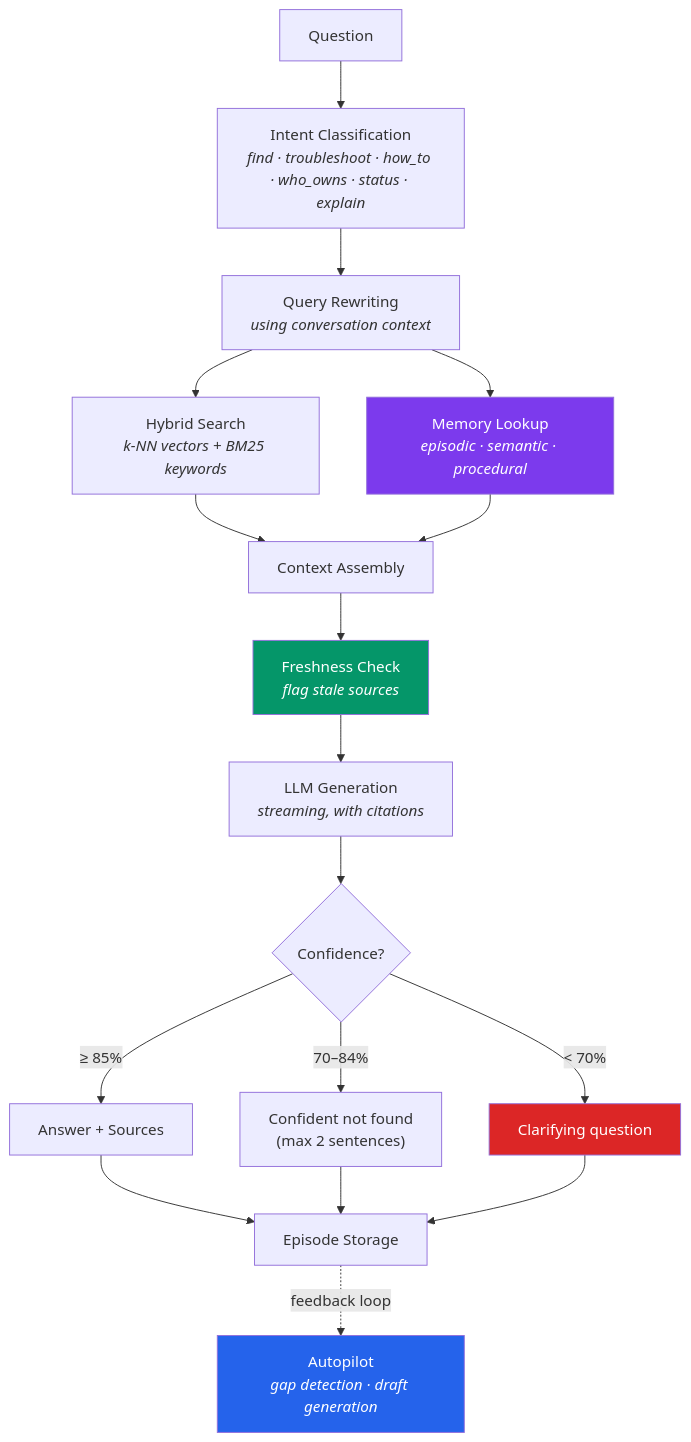
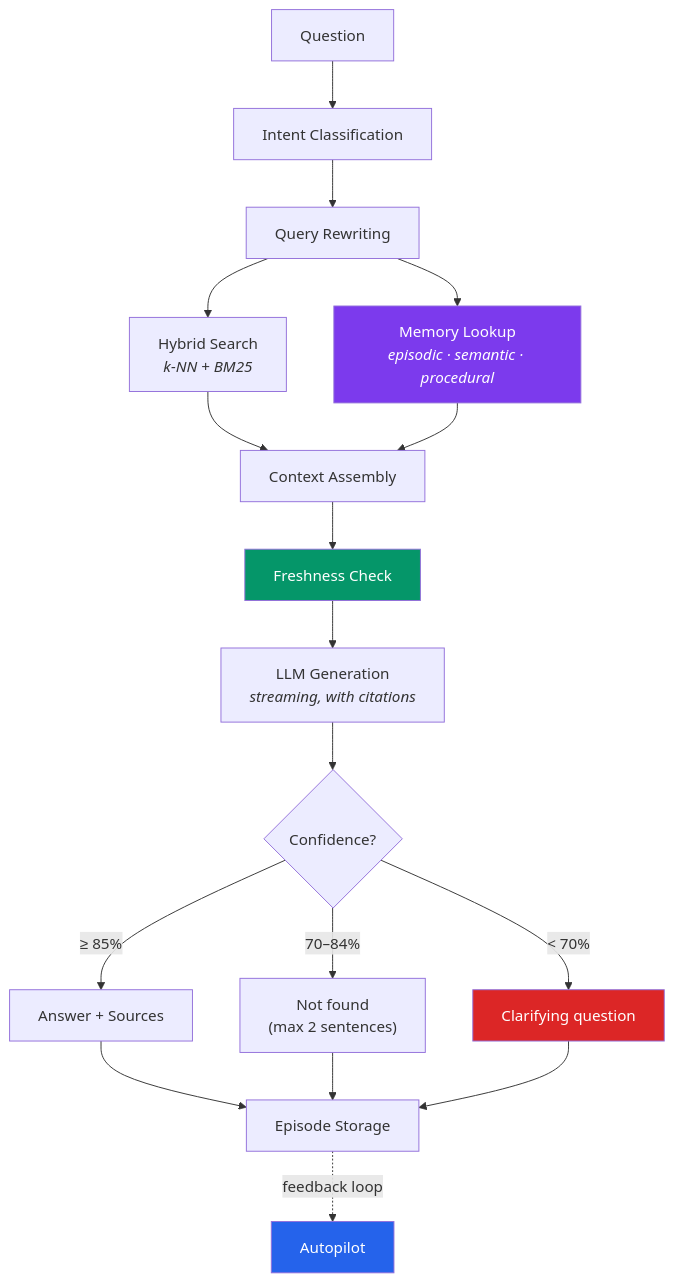
Before and after one commit to docbrain-ai/docbrain: the second of 2 diagrams in README.md, drawn with Mermaid. The commit also changed other lines of this file and 3 other files, not shown here.

````diff
--- a/README.md
+++ b/README.md
@@ -1027,22 +177,22 @@
 ```mermaid
 graph TB
-    Q["Question"] --> IC["Intent Classification<br/><i>find · troubleshoot · how_to · who_owns · status · explain</i>"]
-    IC --> QR["Query Rewriting<br/><i>using conversation context</i>"]
-    QR --> HS["Hybrid Search<br/><i>k-NN vectors + BM25 keywords</i>"]
+    Q["Question"] --> IC["Intent Classification"]
+    IC --> QR["Query Rewriting"]
+    QR --> HS["Hybrid Search<br/><i>k-NN + BM25</i>"]
     QR --> ML["Memory Lookup<br/><i>episodic · semantic · procedural</i>"]
     HS --> CA["Context Assembly"]
     ML --> CA
-    CA --> FS["Freshness Check<br/><i>flag stale sources</i>"]
+    CA --> FS["Freshness Check"]
     FS --> LLM["LLM Generation<br/><i>streaming, with citations</i>"]
     LLM --> CF{"Confidence?"}
     CF -->|"≥ 85%"| R["Answer + Sources"]
-    CF -->|"70–84%"| NF["Confident not found<br/>(max 2 sentences)"]
+    CF -->|"70–84%"| NF["Not found<br/>(max 2 sentences)"]
     CF -->|"< 70%"| CQ["Clarifying question"]
     R & NF & CQ --> EP["Episode Storage"]
-    EP -. "feedback loop" .-> AP["Autopilot<br/><i>gap detection · draft generation</i>"]
+    EP -. "feedback loop" .-> AP["Autopilot"]
 
     style AP fill:#2563eb,color:#fff
     style FS fill:#059669,color:#fff
     style ML fill:#7c3aed,color:#fff
     style CQ fill:#dc2626,color:#fff
 ```
````
